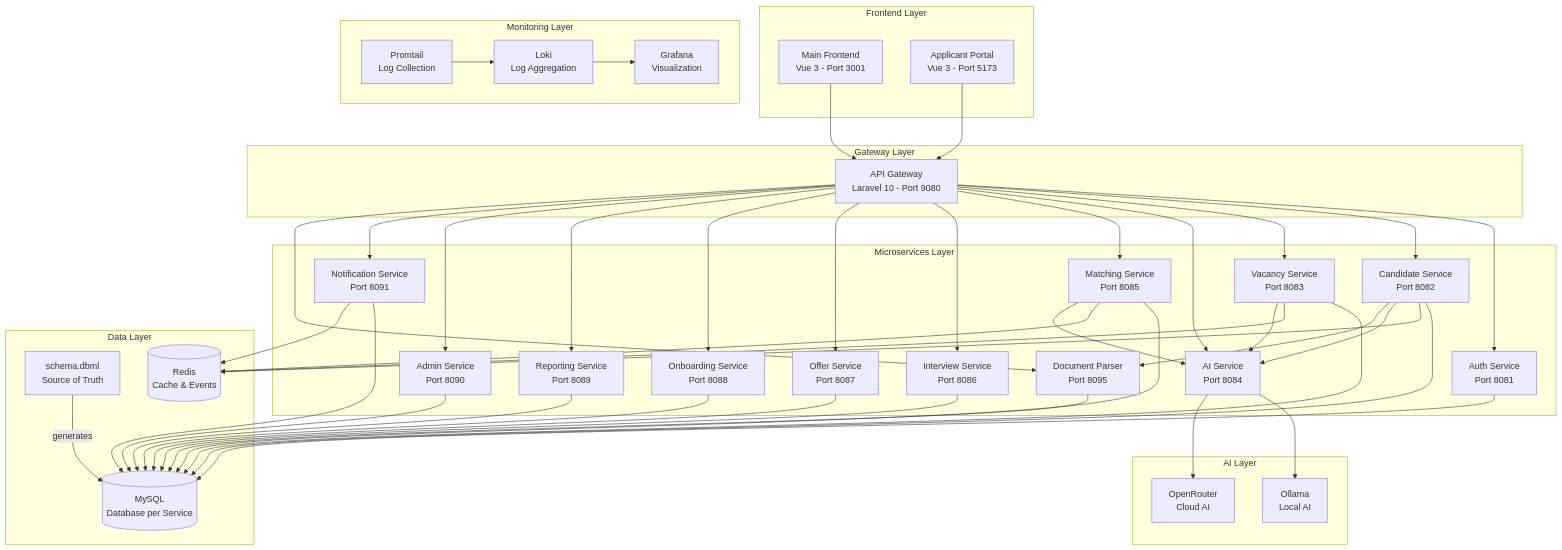
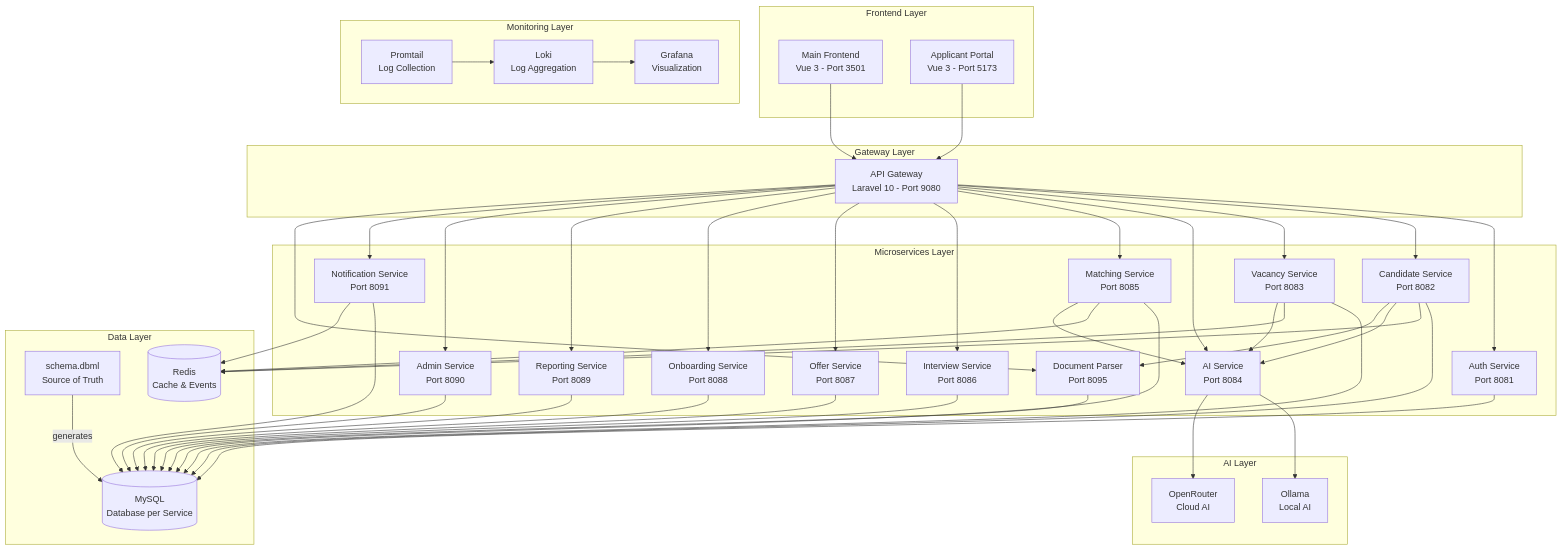
The diagram in ARCHITECTURE.md (steelburn/candidacy), drawn with Mermaid before and after one commit. The commit also changed other lines of this file and 63 other files, not shown here.

````diff
--- a/ARCHITECTURE.md
+++ b/ARCHITECTURE.md
@@ -11,7 +11,7 @@
 ```mermaid
 graph TB
     subgraph "Frontend Layer"
-        WEB[Main Frontend<br/>Vue 3 - Port 3001]
+        WEB[Main Frontend<br/>Vue 3 - Port 3501]
         APP[Applicant Portal<br/>Vue 3 - Port 5173]
     end
     
````
